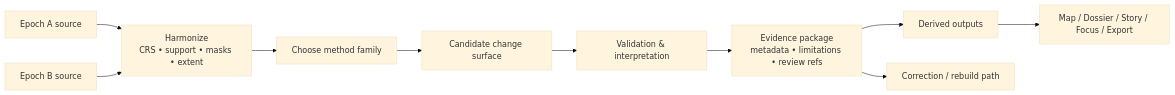
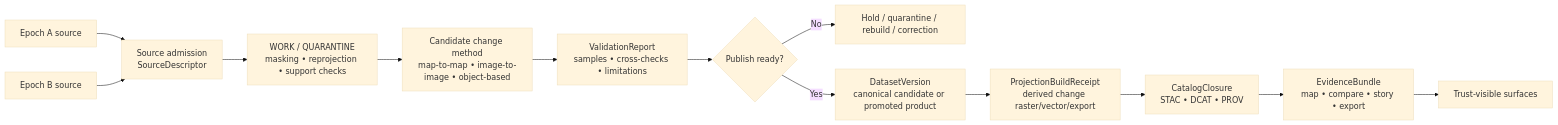
The diagram in docs/analyses/remote-sensing/change-detection/README.md (bartytime4life/Kansas-Frontier-Matrix), drawn with Mermaid (base theme) before and after one commit. The commit also changed other lines of this file, not shown here.

````diff
--- a/docs/analyses/remote-sensing/change-detection/README.md
+++ b/docs/analyses/remote-sensing/change-detection/README.md
@@ -228,12 +245,15 @@
 ```mermaid
 flowchart LR
-    A["Epoch A source"] --> C["Harmonize<br/>CRS • support • masks • extent"]
+    A["Epoch A source"] --> C["Source admission<br/>SourceDescriptor"]
     B["Epoch B source"] --> C
-    C --> D["Choose method family"]
-    D --> E["Candidate change surface"]
-    E --> F["Validation & interpretation"]
-    F --> G["Evidence package<br/>metadata • limitations • review refs"]
-    G --> H["Derived outputs"]
-    H --> I["Map / Dossier / Story / Focus / Export"]
-    G --> J["Correction / rebuild path"]
+    C --> D["WORK / QUARANTINE<br/>masking • reprojection • support checks"]
+    D --> E["Candidate change method<br/>map-to-map • image-to-image • object-based"]
+    E --> F["ValidationReport<br/>samples • cross-checks • limitations"]
+    F --> G{"Publish ready?"}
+    G -- No --> H["Hold / quarantine / rebuild / correction"]
+    G -- Yes --> I["DatasetVersion<br/>canonical candidate or promoted product"]
+    I --> J["ProjectionBuildReceipt<br/>derived change raster/vector/export"]
+    J --> K["CatalogClosure<br/>STAC • DCAT • PROV"]
+    K --> L["EvidenceBundle<br/>map • compare • story • export"]
+    L --> M["Trust-visible surfaces"]
 ```
````
